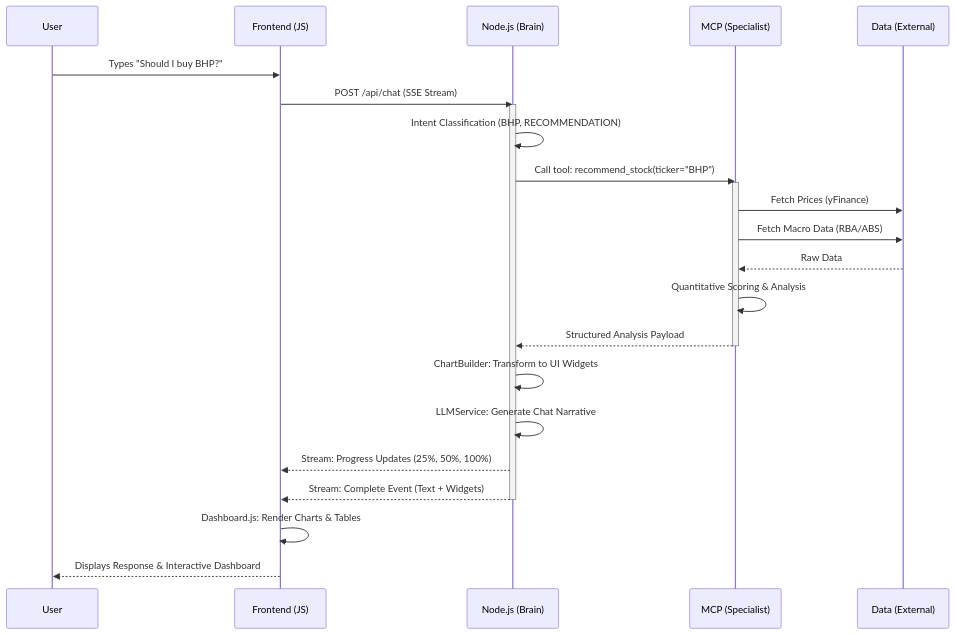
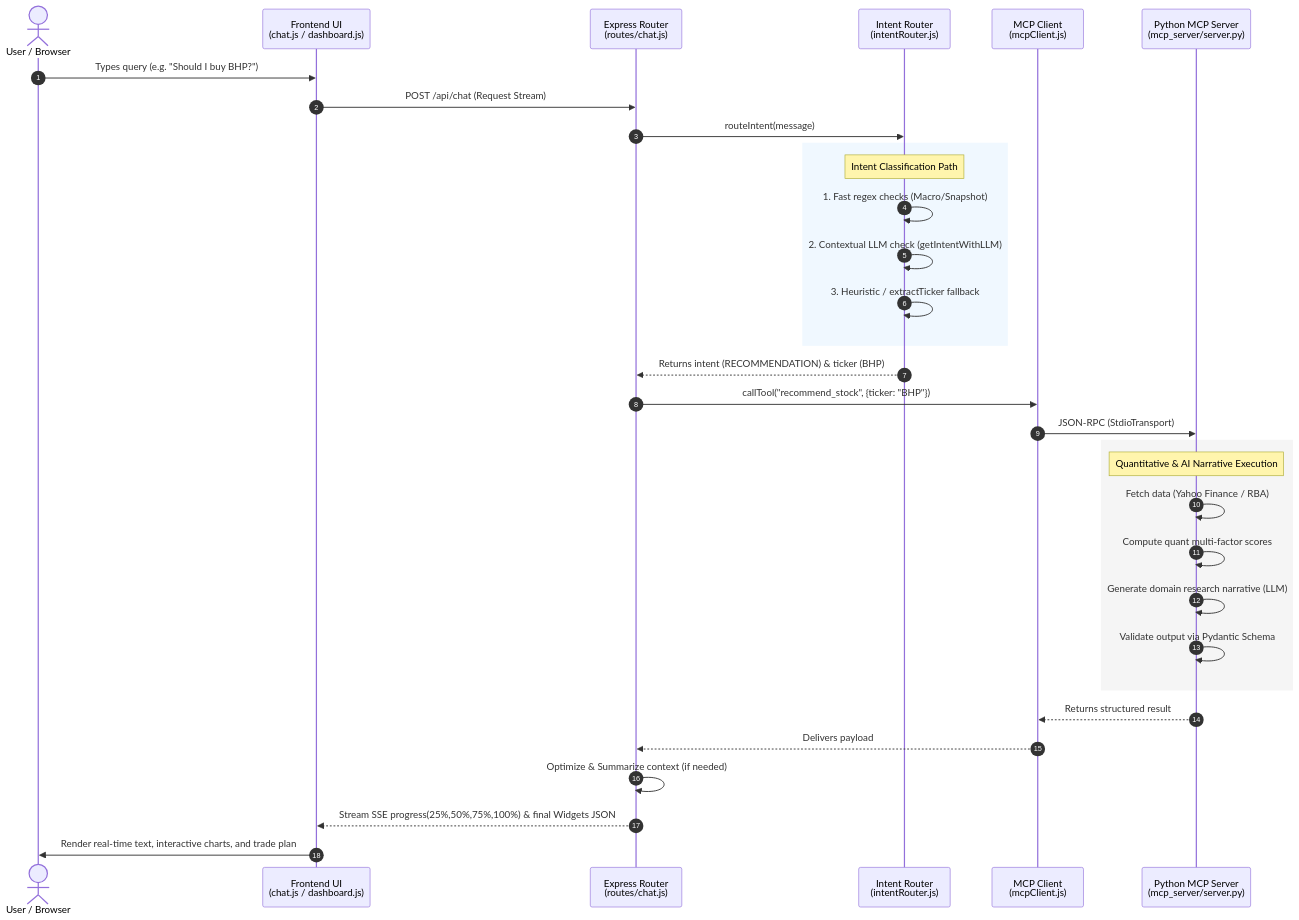
Before and after one commit to dwen168/quantbot: the third of 4 diagrams in ARCHITECTURE.md, drawn with Mermaid. The commit also changed other lines of this file and 1 other file, not shown here.

Commit message:
fix(mcp): support Windows venv path and update architecture diagram docs

````diff
--- a/ARCHITECTURE.md
+++ b/ARCHITECTURE.md
@@ -146,28 +159,39 @@
 ```mermaid
 sequenceDiagram
-    participant U as User
-    participant F as Frontend (JS)
-    participant B as Node.js (Brain)
-    participant M as MCP (Specialist)
-    participant D as Data (External)
+    autonumber
+    actor User as User / Browser
+    participant FE as Frontend UI<br/>(chat.js / dashboard.js)
+    participant BE as Express Router<br/>(routes/chat.js)
+    participant Router as Intent Router<br/>(intentRouter.js)
+    participant MCP as MCP Client<br/>(mcpClient.js)
+    participant Python as Python MCP Server<br/>(mcp_server/server.py)
 
-    U->>F: Types "Should I buy BHP?"
-    F->>B: POST /api/chat (SSE Stream)
-    activate B
-    B->>B: Intent Classification (BHP, RECOMMENDATION)
-    B->>M: Call tool: recommend_stock(ticker="BHP")
-    activate M
-    M->>D: Fetch Prices (yFinance)
-    M->>D: Fetch Macro Data (RBA/ABS)
-    D-->>M: Raw Data
-    M->>M: Quantitative Scoring & Analysis
-    M-->>B: Structured Analysis Payload
-    deactivate M
-    B->>B: ChartBuilder: Transform to UI Widgets
-    B->>B: LLMService: Generate Chat Narrative
-    B-->>F: Stream: Progress Updates (25%, 50%, 100%)
-    B-->>F: Stream: Complete Event (Text + Widgets)
-    deactivate B
-    F->>F: Dashboard.js: Render Charts & Tables
-    F-->>U: Displays Response & Interactive Dashboard
+    User->>FE: Types query (e.g. "Should I buy BHP?")
+    FE->>BE: POST /api/chat (Request Stream)
+    BE->>Router: routeIntent(message)
+    
+    rect rgb(240, 248, 255)
+        note over Router: Intent Classification Path
+        Router->>Router: 1. Fast regex checks (Macro/Snapshot)
+        Router->>Router: 2. Contextual LLM check (getIntentWithLLM)
+        Router->>Router: 3. Heuristic / extractTicker fallback
+    end
+    
+    Router-->>BE: Returns intent (RECOMMENDATION) & ticker (BHP)
+    BE->>MCP: callTool("recommend_stock", {ticker: "BHP"})
+    MCP->>Python: JSON-RPC (StdioTransport)
+    
+    rect rgb(245, 245, 245)
+        note over Python: Quantitative & AI Narrative Execution
+        Python->>Python: Fetch data (Yahoo Finance / RBA)
+        Python->>Python: Compute quant multi-factor scores
+        Python->>Python: Generate domain research narrative (LLM)
+        Python->>Python: Validate output via Pydantic Schema
+    end
+    
+    Python-->>MCP: Returns structured result
+    MCP-->>BE: Delivers payload
+    BE->>BE: Optimize & Summarize context (if needed)
+    BE-->>FE: Stream SSE progress(25%,50%,75%,100%) & final Widgets JSON
+    FE->>User: Render real-time text, interactive charts, and trade plan
 ```
````
